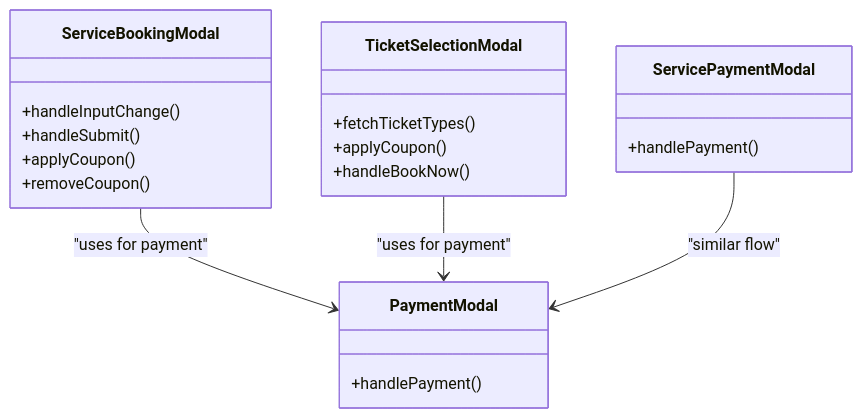
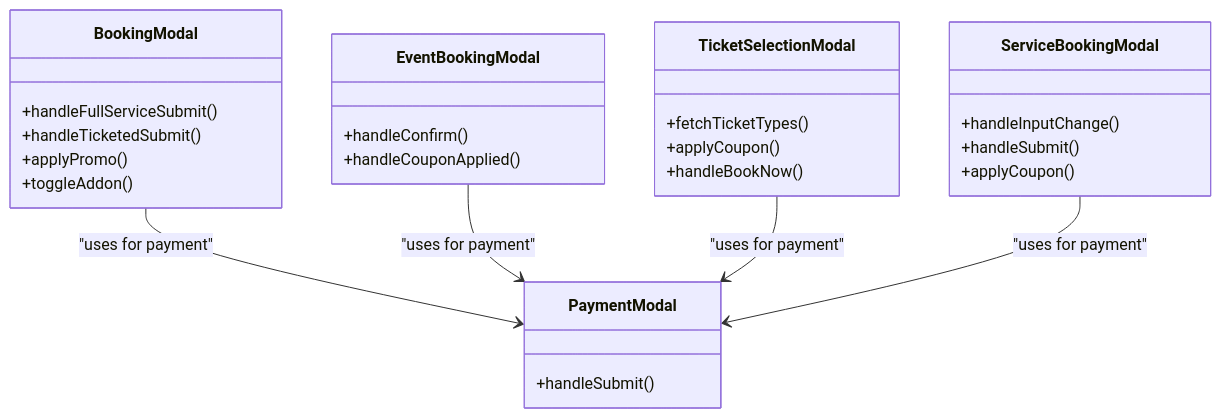
The tenth of 11 diagrams in .qoder/repowiki/en/content/Booking and Payment System/Booking and Payment System.md (meghanamallela69-tech/event), drawn with Mermaid before and after one commit. The commit also changed other lines of this file and 63 other files, not shown here.

````diff
--- a/.qoder/repowiki/en/content/Booking and Payment System/Booking and Payment System.md
+++ b/.qoder/repowiki/en/content/Booking and Payment System/Booking and Payment System.md
@@ -386,23 +446,30 @@
 ```mermaid
 classDiagram
-class ServiceBookingModal {
-+handleInputChange()
-+handleSubmit()
-+applyCoupon()
-+removeCoupon()
+class BookingModal {
++handleFullServiceSubmit()
++handleTicketedSubmit()
++applyPromo()
++toggleAddon()
+}
+class EventBookingModal {
++handleConfirm()
++handleCouponApplied()
 }
 class TicketSelectionModal {
 +fetchTicketTypes()
 +applyCoupon()
 +handleBookNow()
 }
+class ServiceBookingModal {
++handleInputChange()
++handleSubmit()
++applyCoupon()
+}
 class PaymentModal {
-+handlePayment()
++handleSubmit()
 }
-class ServicePaymentModal {
-+handlePayment()
-}
+BookingModal --> PaymentModal : "uses for payment"
+EventBookingModal --> PaymentModal : "uses for payment"
+TicketSelectionModal --> PaymentModal : "uses for payment"
 ServiceBookingModal --> PaymentModal : "uses for payment"
-TicketSelectionModal --> PaymentModal : "uses for payment"
-ServicePaymentModal --> PaymentModal : "similar flow"
 ```
````
